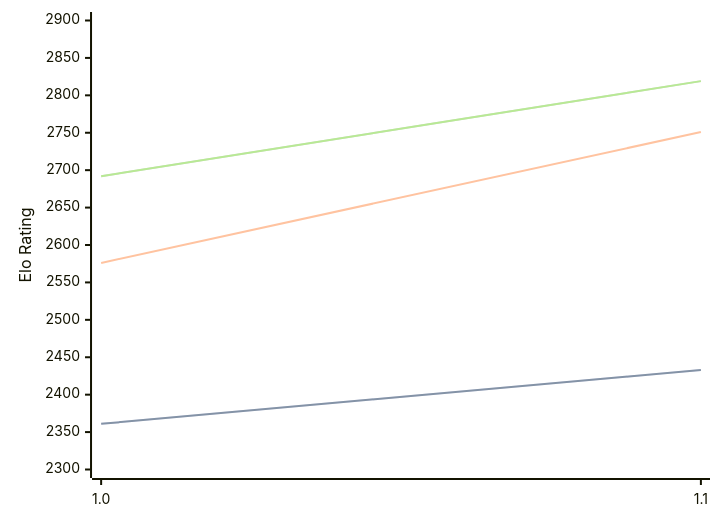
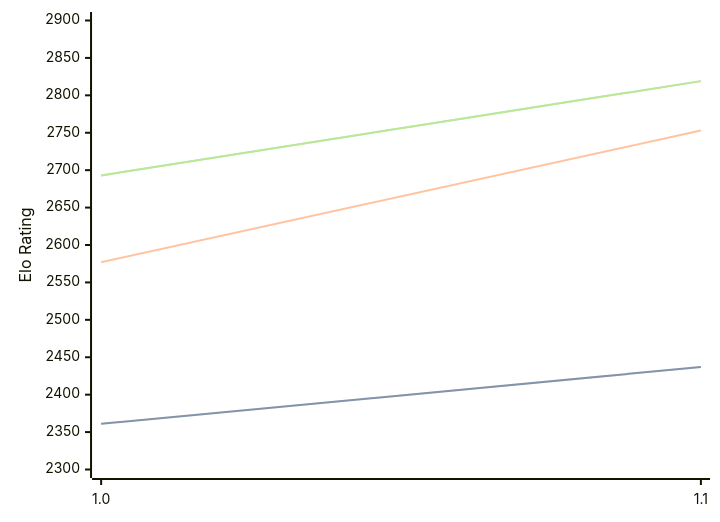
The diagram in engines/FoxChess.md (computer-chess-index/cci), drawn with Mermaid before and after one commit. The commit also changed other lines of this file, not shown here.

Commit message:
Update CCI Ratings (ELO VLTC) - 2026-05-01

````diff
--- a/engines/FoxChess.md
+++ b/engines/FoxChess.md
@@ -32,11 +32,11 @@
 ```mermaid
 %%{init: {"theme":"base","themeVariables":{"seriesColors:['#a3a3a3','#222221','#faa371']}}}%%
 xychart-beta
   x-axis ["1.0", "1.1"]
   y-axis "Elo Rating" 2300 --> 2900
-  line "STC (8.0+0.08s)" [2361, 2433]
-  line "STC (8.0+0.08s)" [2361, 2433]
-  line "LTC (60.0+0.60s)" [2576, 2751]
-  line "VLTC (2m24s+1.12s)" [2692, 2819]
-  line "VLTC (2m24s+1.12s)" [2692, 2819]
+  line "STC (8.0+0.08s)" [2361, 2437]
+  line "STC (8.0+0.08s)" [2361, 2437]
+  line "LTC (60.0+0.60s)" [2577, 2753]
+  line "VLTC (2m24s+1.12s)" [2693, 2819]
+  line "VLTC (2m24s+1.12s)" [2693, 2819]
 ```
````
